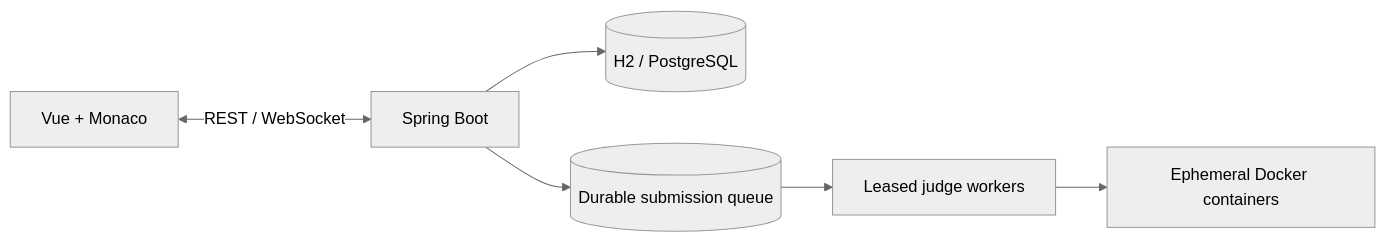
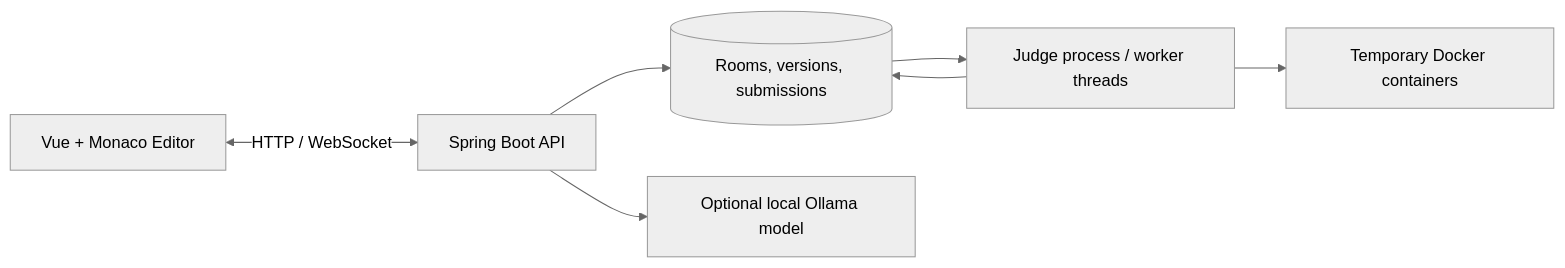
The diagram in README.md (000NK000/interviewlab), drawn with Mermaid (neutral theme) before and after one commit. The commit also changed other lines of this file and 9 other files, not shown here.

````diff
--- a/README.md
+++ b/README.md
@@ -144,8 +45,9 @@
-~~~mermaid
+```mermaid
 flowchart LR
-  Vue[Vue + Monaco] <-->|REST / WebSocket| API[Spring Boot]
-  API --> DB[(H2 / PostgreSQL)]
-  API --> DBQ[(Durable submission queue)]
-  DBQ --> Workers[Leased judge workers]
-  Workers --> Docker[Ephemeral Docker containers]
-~~~
+    UI[Vue + Monaco Editor] <-->|HTTP / WebSocket| API[Spring Boot API]
+    API --> DB[(Rooms, versions, submissions)]
+    DB --> JUDGE[Judge process / worker threads]
+    JUDGE --> BOX[Temporary Docker containers]
+    JUDGE --> DB
+    API --> AI[Optional local Ollama model]
+```
````
